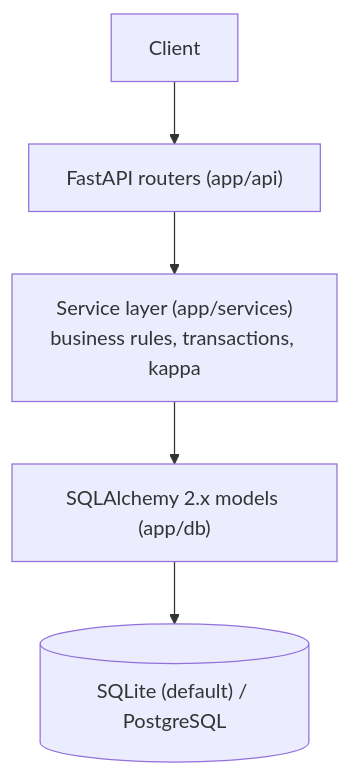
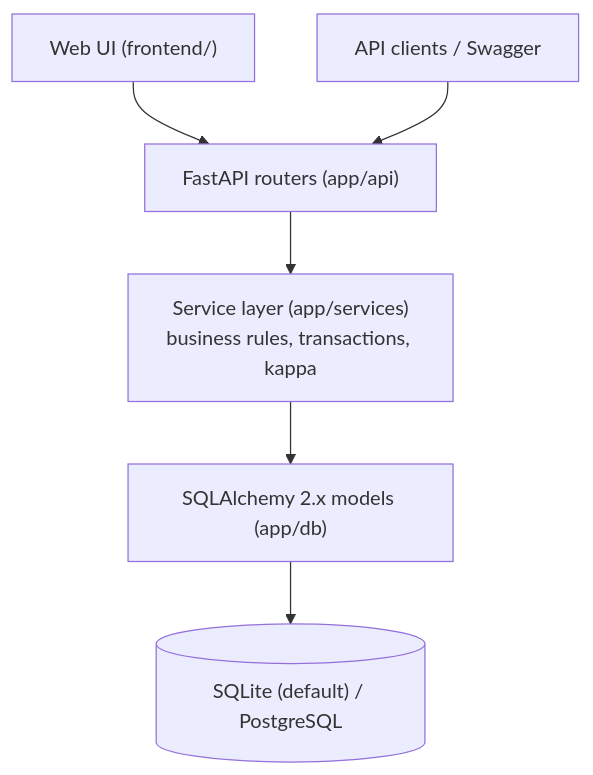
One commit to Ngetich-86/ai-evaluation-rubrics-management-system changed the first of 2 diagrams in README.md. Above: the diagram before and after it, drawn with Mermaid. The commit also changed other lines of this file and 2 other files, not shown here.

````diff
--- a/README.md
+++ b/README.md
@@ -32,7 +40,8 @@
 ```mermaid
 flowchart TD
-    Client --> API["FastAPI routers (app/api)"]
+    Browser["Web UI (frontend/)"] --> API["FastAPI routers (app/api)"]
+    Client["API clients / Swagger"] --> API
     API --> Services["Service layer (app/services)<br/>business rules, transactions, kappa"]
     Services --> ORM["SQLAlchemy 2.x models (app/db)"]
     ORM --> DB[("SQLite (default) / PostgreSQL")]
 ```
````
